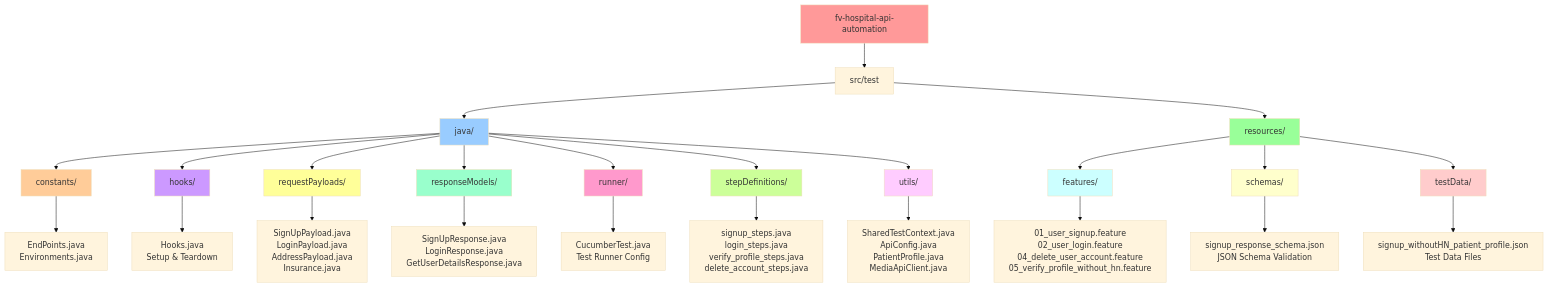
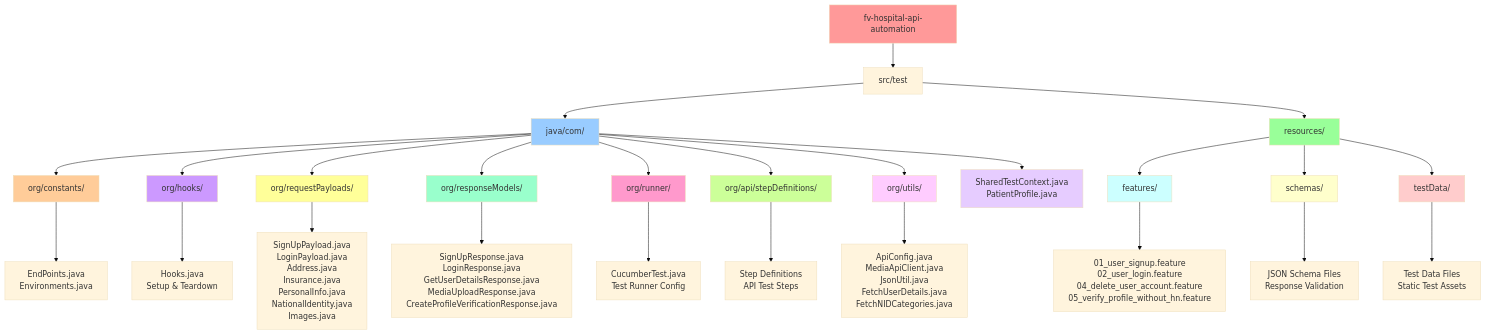
Before and after one commit to sbhaumik22/fb_medical_api_automation: the second of 2 diagrams in README.md, drawn with Mermaid (base theme). The commit also changed other lines of this file, not shown here.

````diff
--- a/README.md
+++ b/README.md
@@ -63,45 +63,47 @@
 ```mermaid
 graph TD
     A[fv-hospital-api-automation] --> B[src/test]
     
-    B --> C[java/]
+    B --> C[java/com/]
     B --> D[resources/]
     
-    C --> E[constants/]
-    C --> F[hooks/]
-    C --> G[requestPayloads/]
-    C --> H[responseModels/]
-    C --> I[runner/]
-    C --> J[stepDefinitions/]
-    C --> K[utils/]
+    C --> E[org/constants/]
+    C --> F[org/hooks/]
+    C --> G[org/requestPayloads/]
+    C --> H[org/responseModels/]
+    C --> I[org/runner/]
+    C --> J[org/api/stepDefinitions/]
+    C --> K[org/utils/]
+    C --> L[SharedTestContext.java<br/>PatientProfile.java]
     
-    D --> L[features/]
-    D --> M[schemas/]
-    D --> N[testData/]
+    D --> M[features/]
+    D --> N[schemas/]
+    D --> O[testData/]
     
     E --> E1[EndPoints.java<br/>Environments.java]
     F --> F1[Hooks.java<br/>Setup & Teardown]
-    G --> G1[SignUpPayload.java<br/>LoginPayload.java<br/>AddressPayload.java<br/>Insurance.java]
-    H --> H1[SignUpResponse.java<br/>LoginResponse.java<br/>GetUserDetailsResponse.java]
+    G --> G1[SignUpPayload.java<br/>LoginPayload.java<br/>Address.java<br/>Insurance.java<br/>PersonalInfo.java<br/>NationalIdentity.java<br/>Images.java]
+    H --> H1[SignUpResponse.java<br/>LoginResponse.java<br/>GetUserDetailsResponse.java<br/>MediaUploadResponse.java<br/>CreateProfileVerificationResponse.java]
     I --> I1[CucumberTest.java<br/>Test Runner Config]
-    J --> J1[signup_steps.java<br/>login_steps.java<br/>verify_profile_steps.java<br/>delete_account_steps.java]
-    K --> K1[SharedTestContext.java<br/>ApiConfig.java<br/>PatientProfile.java<br/>MediaApiClient.java]
+    J --> J1[Step Definitions<br/>API Test Steps]
+    K --> K1[ApiConfig.java<br/>MediaApiClient.java<br/>JsonUtil.java<br/>FetchUserDetails.java<br/>FetchNIDCategories.java]
     
-    L --> L1[01_user_signup.feature<br/>02_user_login.feature<br/>04_delete_user_account.feature<br/>05_verify_profile_without_hn.feature]
-    M --> M1[signup_response_schema.json<br/>JSON Schema Validation]
-    N --> N1[signup_withoutHN_patient_profile.json<br/>Test Data Files]
+    M --> M1[01_user_signup.feature<br/>02_user_login.feature<br/>04_delete_user_account.feature<br/>05_verify_profile_without_hn.feature]
+    N --> N1[JSON Schema Files<br/>Response Validation]
+    O --> O1[Test Data Files<br/>Static Test Assets]
     
     style A fill:#ff9999
     style C fill:#99ccff
     style D fill:#99ff99
     style E fill:#ffcc99
     style F fill:#cc99ff
     style G fill:#ffff99
     style H fill:#99ffcc
     style I fill:#ff99cc
     style J fill:#ccff99
     style K fill:#ffccff
-    style L fill:#ccffff
-    style M fill:#ffffcc
-    style N fill:#ffcccc
+    style L fill:#e6ccff
+    style M fill:#ccffff
+    style N fill:#ffffcc
+    style O fill:#ffcccc
 ```
````
